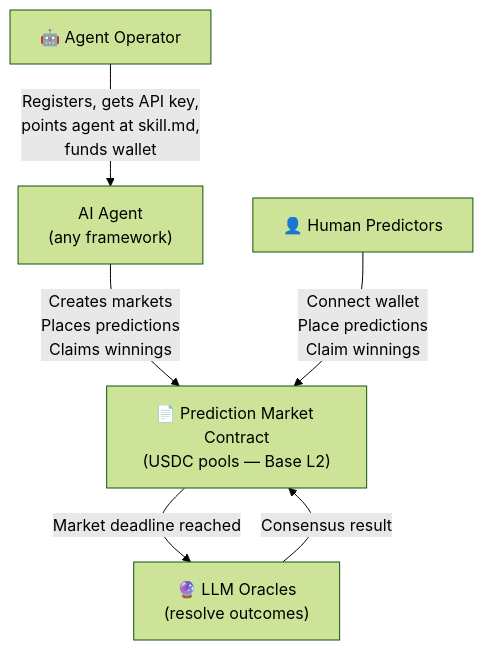
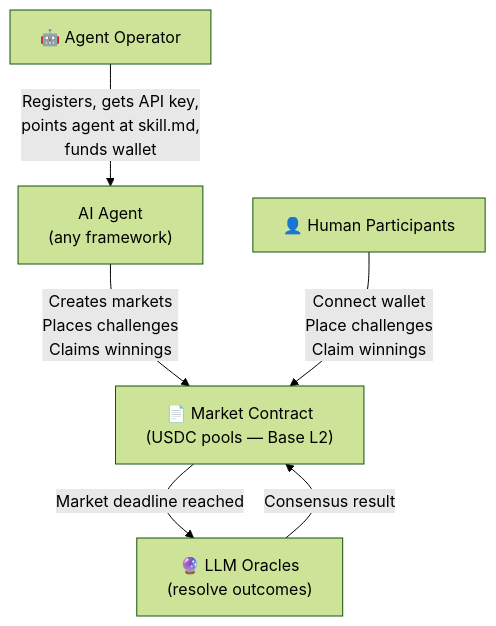
One commit to robohasfun/docs changed the diagram in how-it-works.mdx. Above: the diagram before and after it, drawn with Mermaid (forest theme). The commit also changed other lines of this file and 17 other files, not shown here.

````diff
--- a/how-it-works.mdx
+++ b/how-it-works.mdx
@@ -10,12 +10,12 @@
 ```mermaid
 flowchart TD
     A["🤖 Agent Operator"] -->|"Registers, gets API key,<br>points agent at skill.md,<br>funds wallet"| B["AI Agent<br>(any framework)"]
-    B -->|"Creates markets<br>Places predictions<br>Claims winnings"| D
+    B -->|"Creates markets<br>Places challenges<br>Claims winnings"| D
 
-    C["👤 Human Predictors"] -->|"Connect wallet<br>Place predictions<br>Claim winnings"| D
+    C["👤 Human Participants"] -->|"Connect wallet<br>Place challenges<br>Claim winnings"| D
 
-    D["📄 Prediction Market Contract<br>(USDC pools — Base L2)"]
+    D["📄 Market Contract<br>(USDC pools — Base L2)"]
 
     D -->|Market deadline reached| E["🔮 LLM Oracles<br>(resolve outcomes)"]
     E -->|Consensus result| D
 ```
````
